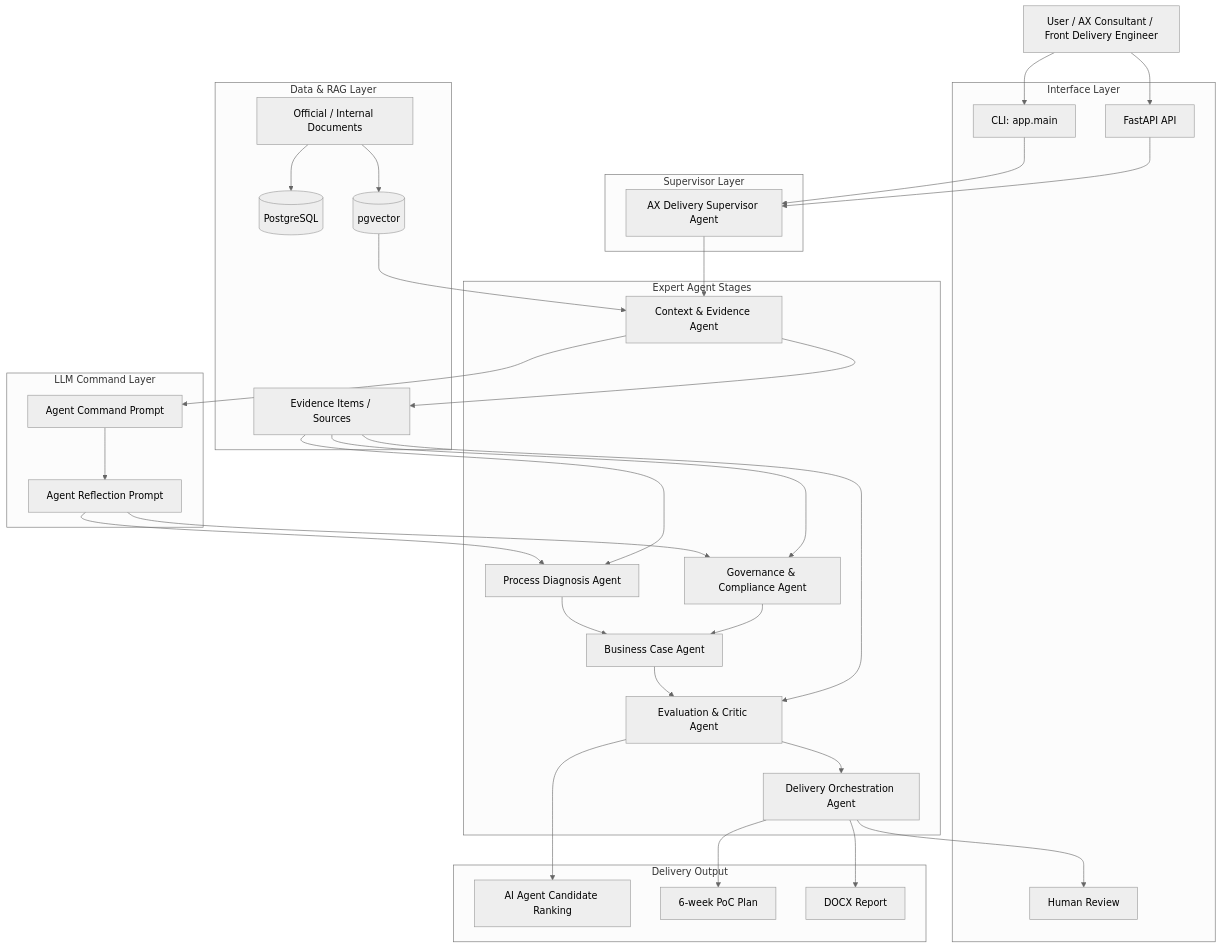
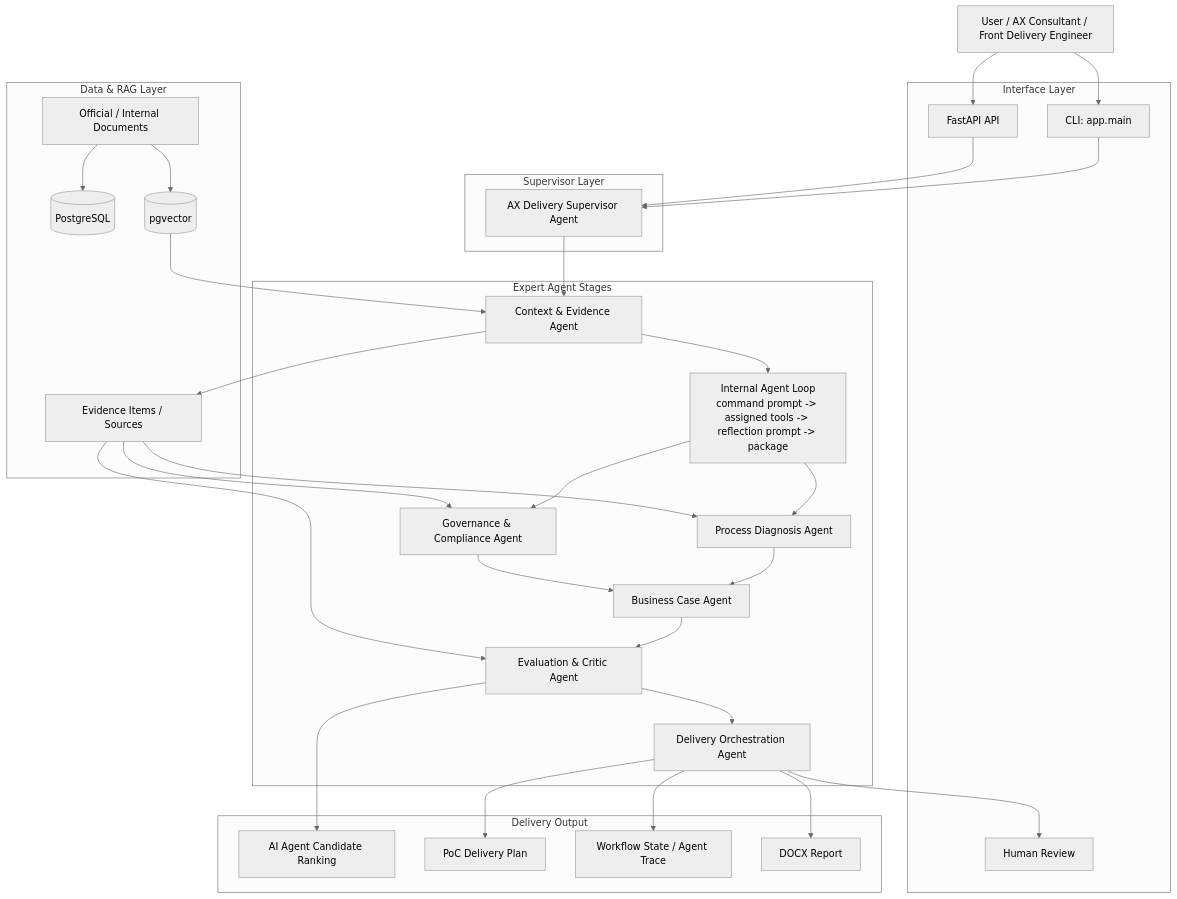
Before and after one commit to ohjaesik/AI_Agent: the second of 2 diagrams in README.md, drawn with Mermaid (neutral theme). The commit also changed other lines of this file, not shown here.

Commit message:
docs: refine README around internal agent prompts and deliverables

````diff
--- a/README.md
+++ b/README.md
@@ -325,66 +330,63 @@
 ```mermaid
 flowchart TB
     User[User / AX Consultant / Front Delivery Engineer]
 
     subgraph Interface[Interface Layer]
         CLI[CLI: app.main]
         API[FastAPI API]
         Review[Human Review]
     end
 
     subgraph Supervisor[Supervisor Layer]
         Sup[AX Delivery Supervisor Agent]
     end
 
     subgraph Agents[Expert Agent Stages]
         C[Context & Evidence Agent]
         P[Process Diagnosis Agent]
         G[Governance & Compliance Agent]
         B[Business Case Agent]
         E[Evaluation & Critic Agent]
         D[Delivery Orchestration Agent]
-    end
-
-    subgraph LLM[LLM Command Layer]
-        Cmd[Agent Command Prompt]
-        Ref[Agent Reflection Prompt]
+        Loop[Internal Agent Loop\ncommand prompt -> assigned tools -> reflection prompt -> package]
     end
 
     subgraph Data[Data & RAG Layer]
         PG[(PostgreSQL)]
         Vec[(pgvector)]
         Docs[Official / Internal Documents]
         Evidence[Evidence Items / Sources]
     end
 
     subgraph Output[Delivery Output]
         Ranking[AI Agent Candidate Ranking]
-        PoC[6-week PoC Plan]
+        PoC[PoC Delivery Plan]
+        Trace[Workflow State / Agent Trace]
         Report[DOCX Report]
     end
 
     User --> CLI
     User --> API
     CLI --> Sup
     API --> Sup
     Sup --> C
-    C --> Cmd
-    Cmd --> Ref
-    Ref --> P
-    Ref --> G
+    C --> Loop
+    Loop --> P
+    Loop --> G
     P --> B
     G --> B
     B --> E
     E --> D
     D --> Review
     D --> PoC
     D --> Report
+    D --> Trace
     Docs --> PG
     Docs --> Vec
     Vec --> C
     C --> Evidence
     Evidence --> P
     Evidence --> G
     Evidence --> E
     E --> Ranking
 ```
````
